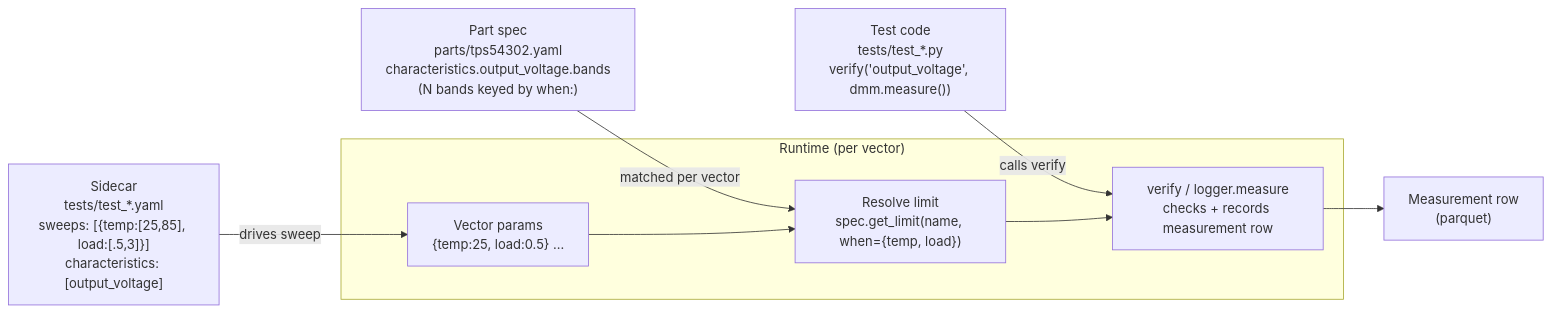
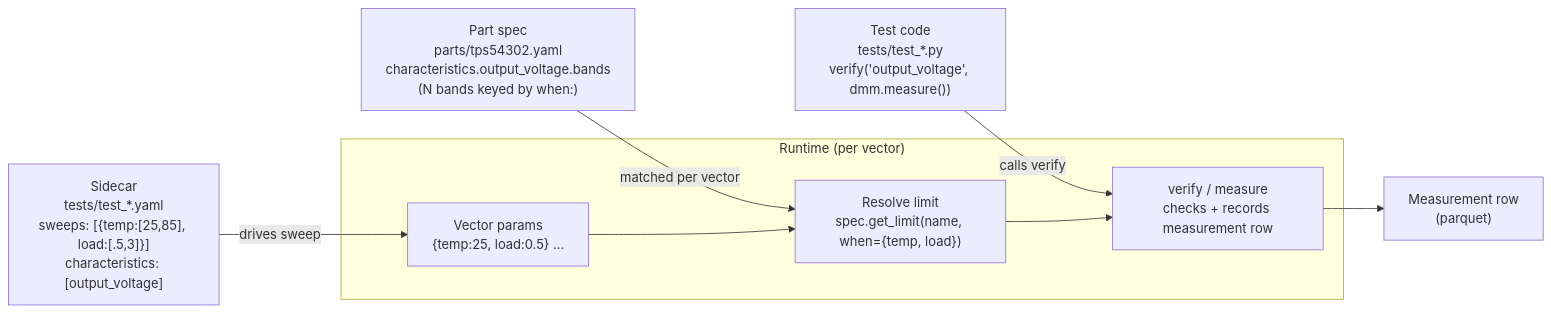
Before and after one commit to pragmatest-dev/testerkit: the seventh of 9 diagrams in docs/concepts/overview/architecture.md, drawn with Mermaid. The commit also changed other lines of this file and 31 other files, not shown here.

First line of the commit message:
docs: migrate user-facing logger -> measure verb; drop deleted record refs

````diff
--- a/docs/concepts/overview/architecture.md
+++ b/docs/concepts/overview/architecture.md
@@ -279,19 +279,19 @@
 ```mermaid
 flowchart LR
     PS["Part spec<br/>parts/tps54302.yaml<br/>characteristics.output_voltage.bands<br/>(N bands keyed by when:)"]
     SC["Sidecar<br/>tests/test_*.yaml<br/>sweeps: [{temp:[25,85], load:[.5,3]}]<br/>characteristics: [output_voltage]"]
     TC["Test code<br/>tests/test_*.py<br/>verify('output_voltage', dmm.measure())"]
 
     subgraph Runtime["Runtime (per vector)"]
         V["Vector params<br/>{temp:25, load:0.5} ..."]
         CR["Resolve limit<br/>spec.get_limit(name, when={temp, load})"]
-        VR["verify / logger.measure<br/>checks + records measurement row"]
+        VR["verify / measure<br/>checks + records measurement row"]
     end
 
     PS -- "matched per vector" --> CR
     SC -- "drives sweep" --> V
     TC -- "calls verify" --> VR
     V --> CR
     CR --> VR
     VR --> M["Measurement row<br/>(parquet)"]
 ```
````
